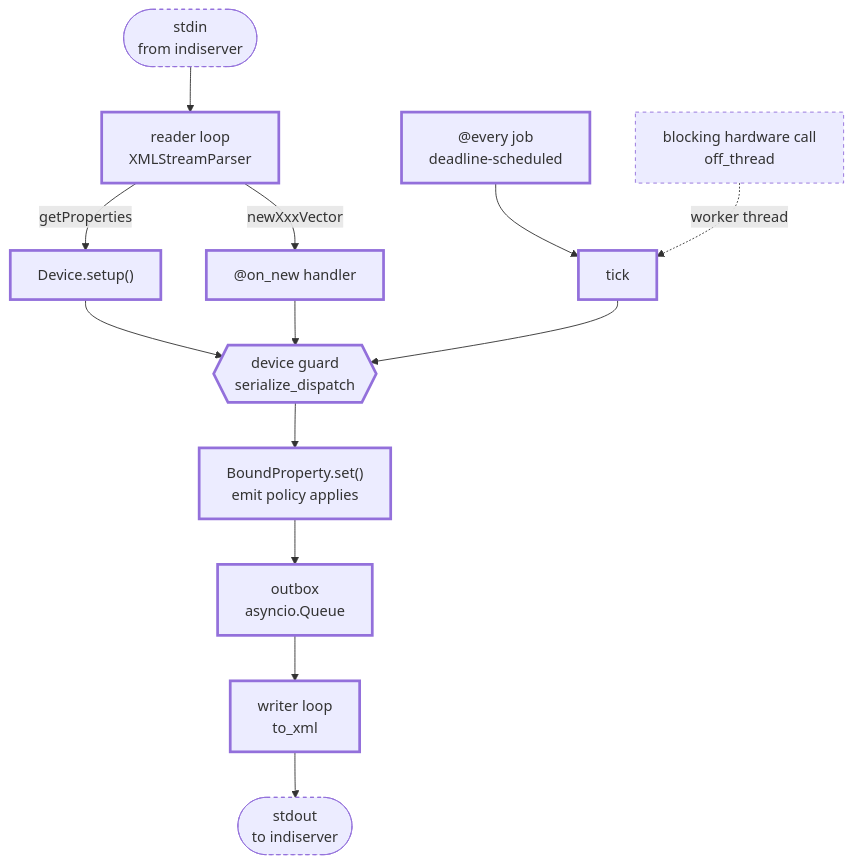
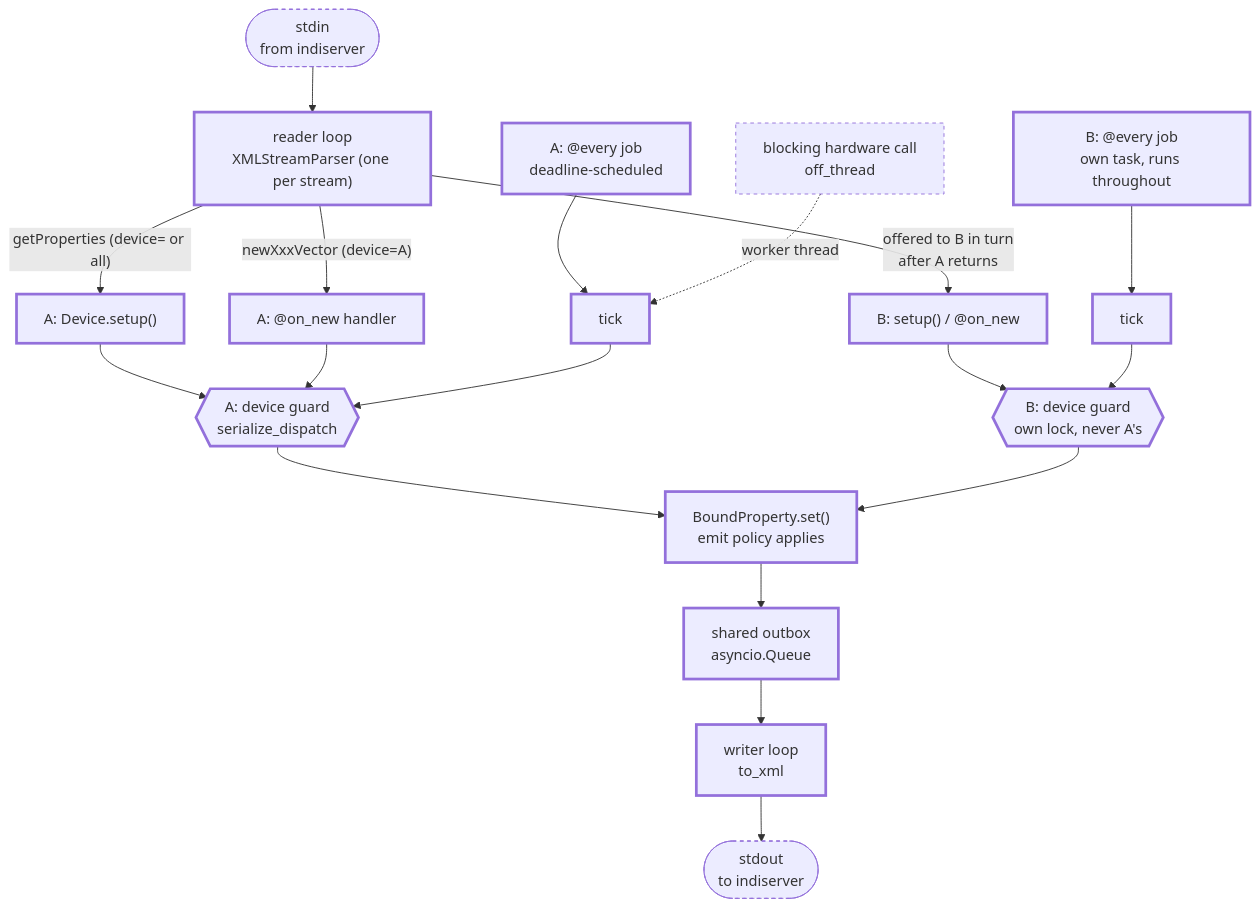
One commit to sidereal-software/indi-nexus changed the diagram in src/indi_nexus/CLAUDE.md. Above: the diagram before and after it, drawn with Mermaid. The commit also changed other lines of this file and 14 other files, not shown here.

````diff
--- a/src/indi_nexus/CLAUDE.md
+++ b/src/indi_nexus/CLAUDE.md
@@ -10,27 +14,32 @@
 ```mermaid
 flowchart TB
-    stdin(["stdin<br/>from indiserver"]) --> reader["reader loop<br/>XMLStreamParser"]
-    reader -->|getProperties| setup["Device.setup()"]
-    reader -->|newXxxVector| disp["@on_new handler"]
-    timer["@every job<br/>deadline-scheduled"] --> tick["tick"]
+    stdin(["stdin<br/>from indiserver"]) --> reader["reader loop<br/>XMLStreamParser (one per stream)"]
+    reader -->|"getProperties (device= or all)"| setup["A: Device.setup()"]
+    reader -->|"newXxxVector (device=A)"| disp["A: @on_new handler"]
+    reader -->|"offered to B in turn<br/>after A returns"| bdisp["B: setup() / @on_new"]
+    timer["A: @every job<br/>deadline-scheduled"] --> tick["tick"]
+    btimer["B: @every job<br/>own task, runs throughout"] --> btick["tick"]
 
-    setup --> guard{{"device guard<br/>serialize_dispatch"}}
+    setup --> guard{{"A: device guard<br/>serialize_dispatch"}}
     disp --> guard
     tick --> guard
+    bdisp --> bguard{{"B: device guard<br/>own lock, never A's"}}
+    btick --> bguard
     guard --> props["BoundProperty.set()<br/>emit policy applies"]
-    props --> outbox["outbox<br/>asyncio.Queue"]
+    bguard --> props
+    props --> outbox["shared outbox<br/>asyncio.Queue"]
     outbox --> writer["writer loop<br/>to_xml"]
     writer --> stdout(["stdout<br/>to indiserver"])
 
     blocking["blocking hardware call<br/>off_thread"] -.->|worker thread| tick
 
     %% No colours here on purpose: GitHub and the docs site each theme the diagram
     %% for their own light and dark modes, and a hardcoded light palette turns into
     %% unreadable text on a dark page. Ownership rides on the border instead - thick
     %% solid is ours, thin dashed is not - which survives any theme and never leans
     %% on colour alone.
     classDef ours stroke-width:3px
     classDef ext stroke-width:1px,stroke-dasharray:4 4
-    class reader,setup,disp,timer,tick,guard,props,outbox,writer ours
+    class reader,setup,disp,bdisp,timer,tick,btimer,btick,guard,bguard,props,outbox,writer ours
     class stdin,stdout,blocking ext
 ```
````
